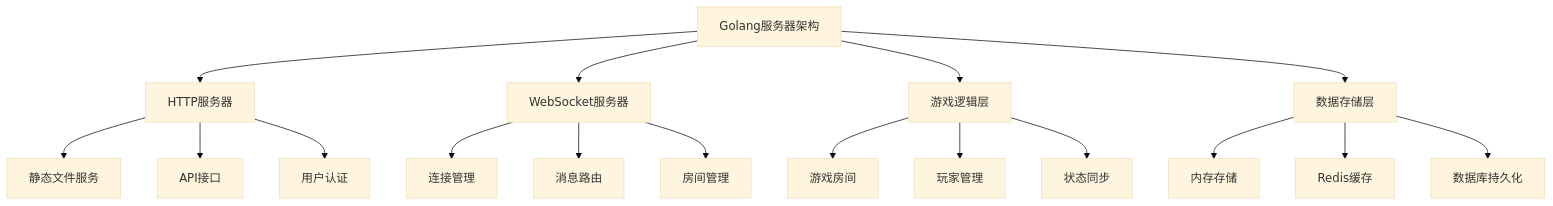
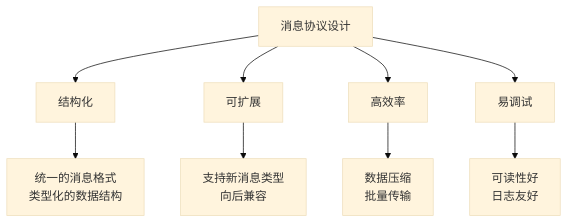
The fifth of 9 diagrams in 课时4-多人游戏与项目总结/README.md (youjing-mz/snake), drawn with Mermaid (base theme) before and after one commit. The commit also changed other lines of this file and 8 other files, not shown here.

````diff
--- a/课时4-多人游戏与项目总结/README.md
+++ b/课时4-多人游戏与项目总结/README.md
@@ -81,23 +112,12 @@
 ```mermaid
-graph TB
-    A[Golang服务器架构] --> B[HTTP服务器]
-    A --> C[WebSocket服务器]
-    A --> D[游戏逻辑层]
-    A --> E[数据存储层]
+graph TD
+    A[消息协议设计] --> B[结构化]
+    A --> C[可扩展]
+    A --> D[高效率]
+    A --> E[易调试]
     
-    B --> B1[静态文件服务]
-    B --> B2[API接口]
-    B --> B3[用户认证]
-    
-    C --> C1[连接管理]
-    C --> C2[消息路由]
-    C --> C3[房间管理]
-    
-    D --> D1[游戏房间]
-    D --> D2[玩家管理]
-    D --> D3[状态同步]
-    
-    E --> E1[内存存储]
-    E --> E2[Redis缓存]
-    E --> E3[数据库持久化]
+    B --> B1[统一的消息格式<br/>类型化的数据结构]
+    C --> C1[支持新消息类型<br/>向后兼容]
+    D --> D1[数据压缩<br/>批量传输]
+    E --> E1[可读性好<br/>日志友好]
 ```
````
